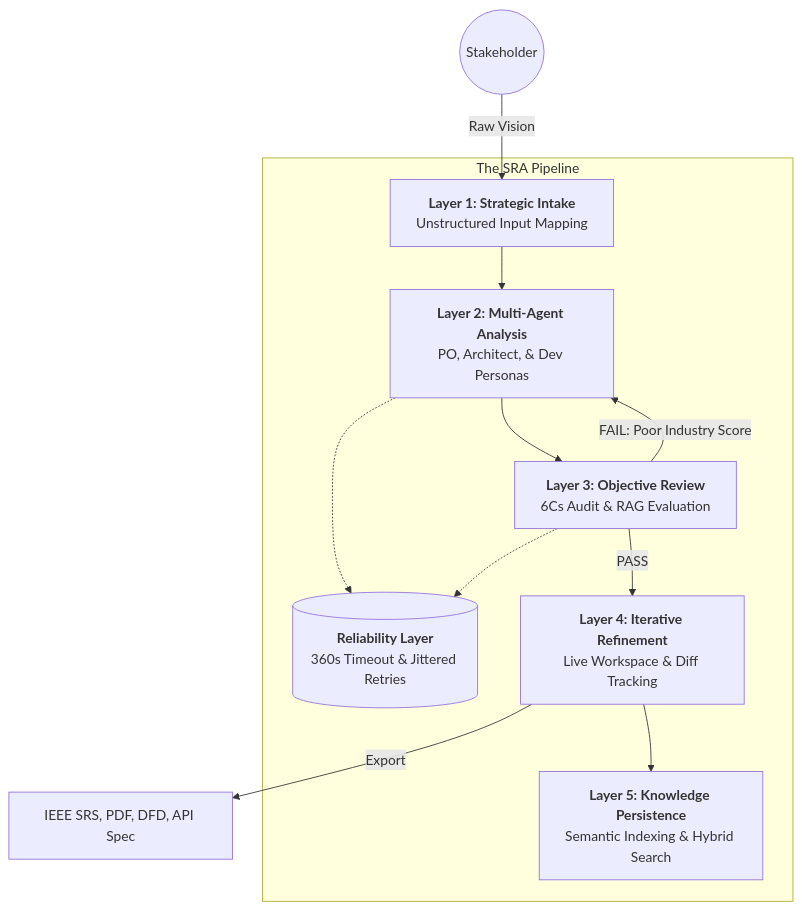
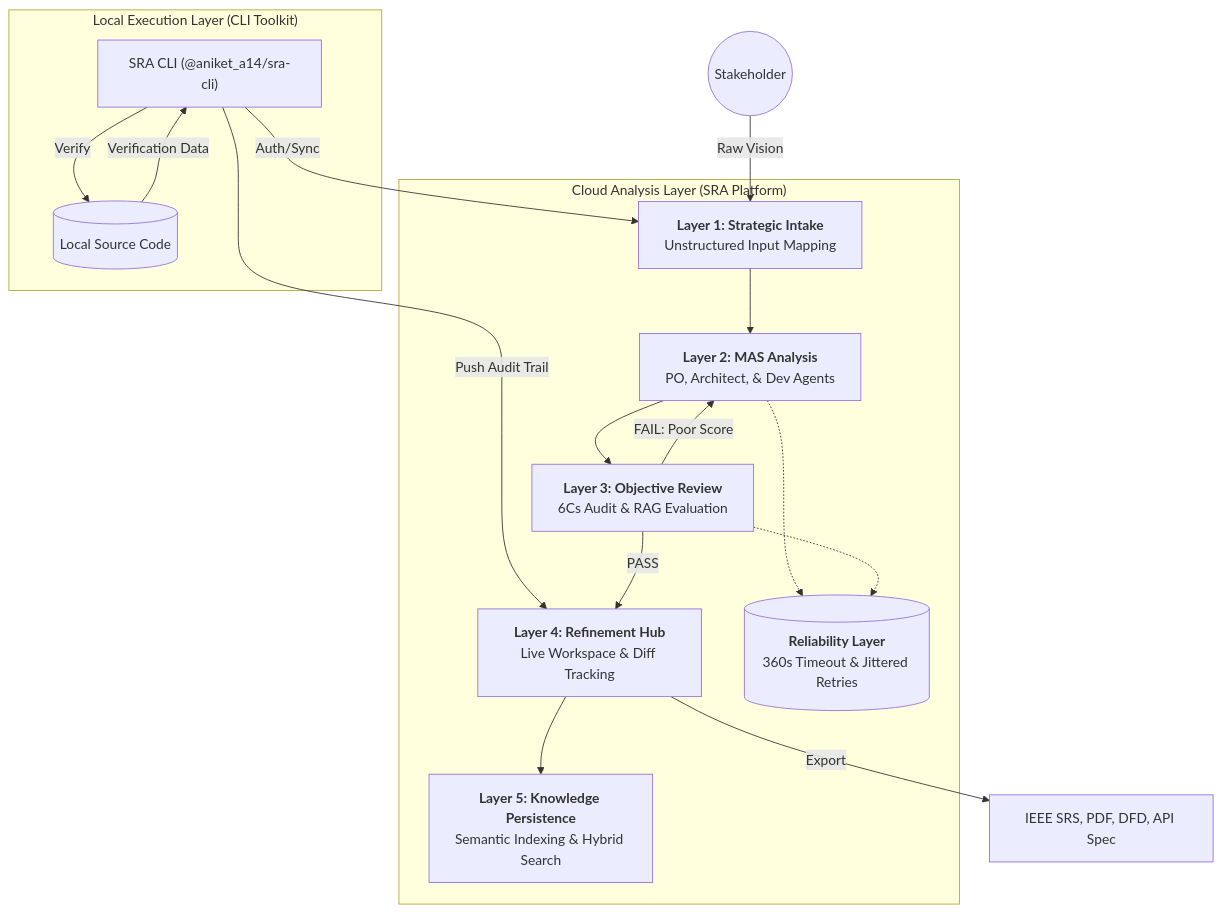
Before and after one commit to Aniket-a14/SRA: the diagram in Readme.md, drawn with Mermaid. The commit also changed 1 other file, not shown here.

````diff
--- a/Readme.md
+++ b/Readme.md
@@ -53,21 +53,28 @@
 ```mermaid
 graph TD
-    subgraph "The SRA Pipeline"
-    L1[<b>Layer 1: Strategic Intake</b><br/>Unstructured Input Mapping]
-    L2[<b>Layer 2: Multi-Agent Analysis</b><br/>PO, Architect, & Dev Personas]
-    L3[<b>Layer 3: Objective Review</b><br/>6Cs Audit & RAG Evaluation]
-    L4[<b>Layer 4: Iterative Refinement</b><br/>Live Workspace & Diff Tracking]
-    L5[<b>Layer 5: Knowledge Persistence</b><br/>Semantic Indexing & Hybrid Search]
-    
-    Reliability[(<b>Reliability Layer</b><br/>360s Timeout & Jittered Retries)]
-    L2 & L3 -.-> Reliability
+    subgraph "Cloud Analysis Layer (SRA Platform)"
+        L1[<b>Layer 1: Strategic Intake</b><br/>Unstructured Input Mapping]
+        L2[<b>Layer 2: MAS Analysis</b><br/>PO, Architect, & Dev Agents]
+        L3[<b>Layer 3: Objective Review</b><br/>6Cs Audit & RAG Evaluation]
+        L4[<b>Layer 4: Refinement Hub</b><br/>Live Workspace & Diff Tracking]
+        L5[<b>Layer 5: Knowledge Persistence</b><br/>Semantic Indexing & Hybrid Search]
+        
+        Reliability[(<b>Reliability Layer</b><br/>360s Timeout & Jittered Retries)]
+        L2 & L3 -.-> Reliability
+    end
+
+    subgraph "Local Execution Layer (CLI Toolkit)"
+        CLI["SRA CLI (@aniket_a14/sra-cli)"] -->|Auth/Sync| L1
+        CLI -->|Verify| Code[(Local Source Code)]
+        Code -->|Verification Data| CLI
+        CLI -->|Push Audit Trail| L4
     end
 
     Stakeholder((Stakeholder)) -->|Raw Vision| L1
     L1 --> L2
     L2 --> L3
-    L3 -->|FAIL: Poor Industry Score| L2
+    L3 -->|FAIL: Poor Score| L2
     L3 -->|PASS| L4
     L4 -->|Export| Artifacts[IEEE SRS, PDF, DFD, API Spec]
     L4 --> L5
 ```
````
